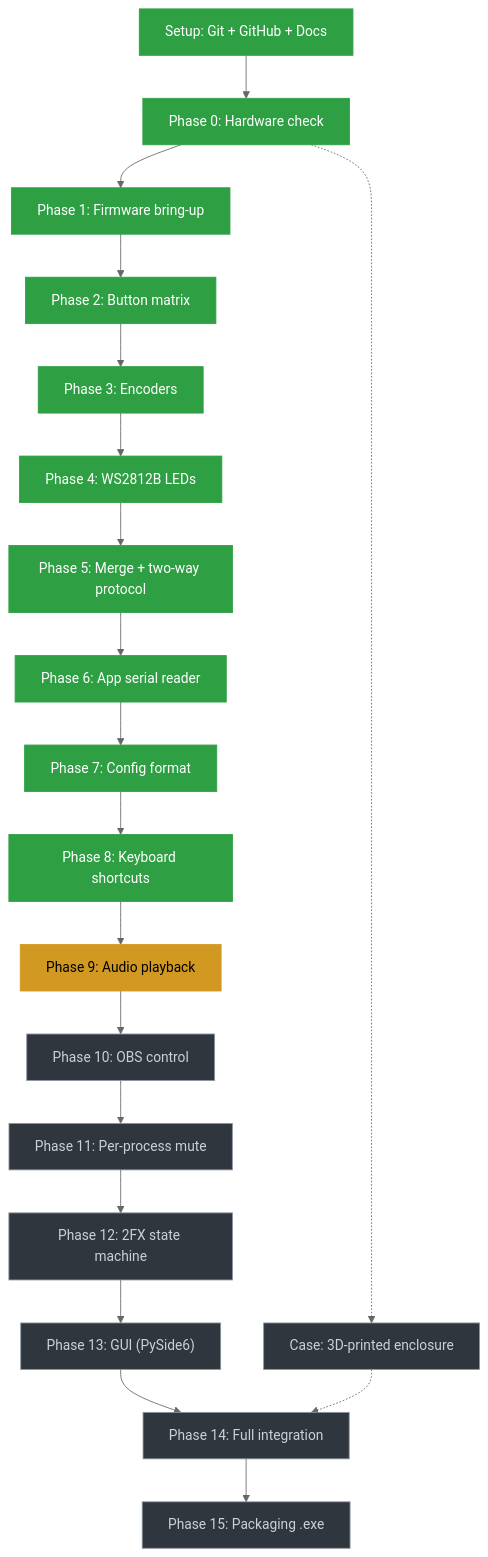
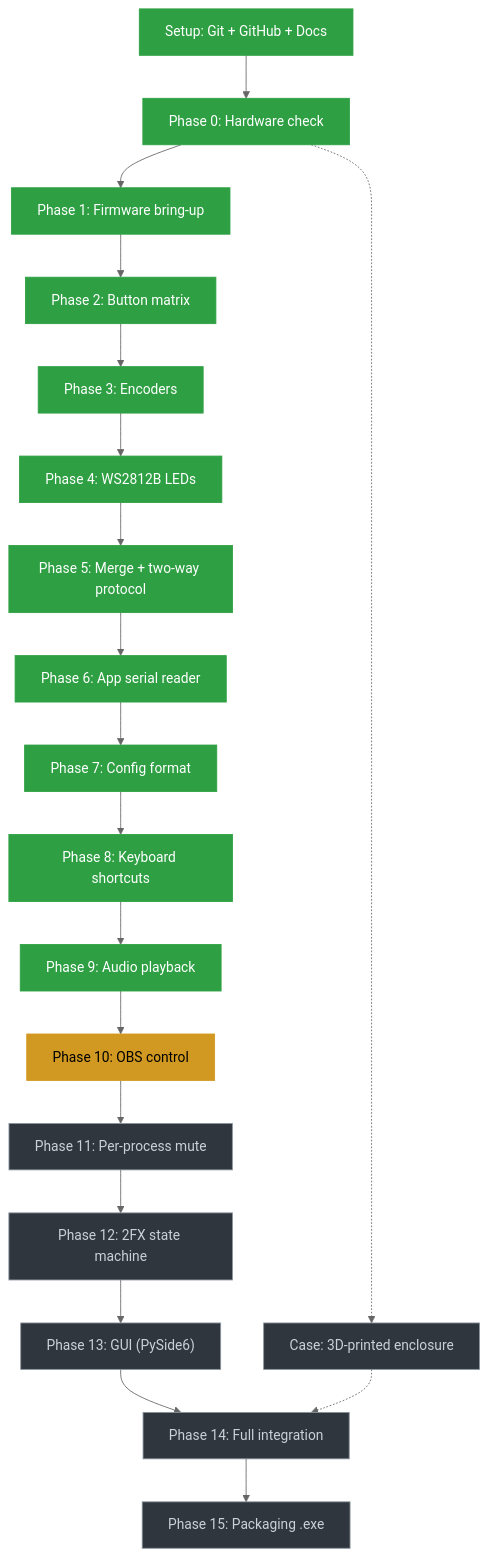
Before and after one commit to NeoCraftStudio/stream-deck-macro: the diagram in README.md, drawn with Mermaid (neutral theme). The commit also changed 9 other files, not shown here.

````diff
--- a/README.md
+++ b/README.md
@@ -19,25 +19,25 @@
 ```mermaid
 flowchart TD
     S["Setup: Git + GitHub + Docs"]:::done --> P0["Phase 0: Hardware check"]:::done
     P0 --> P1["Phase 1: Firmware bring-up"]:::done
     P1 --> P2["Phase 2: Button matrix"]:::done
     P2 --> P3["Phase 3: Encoders"]:::done
     P3 --> P4["Phase 4: WS2812B LEDs"]:::done
     P4 --> P5["Phase 5: Merge + two-way protocol"]:::done
     P5 --> P6["Phase 6: App serial reader"]:::done
     P6 --> P7["Phase 7: Config format"]:::done
     P7 --> P8["Phase 8: Keyboard shortcuts"]:::done
-    P8 --> P9["Phase 9: Audio playback"]:::current
-    P9 --> P10["Phase 10: OBS control"]:::todo
+    P8 --> P9["Phase 9: Audio playback"]:::done
+    P9 --> P10["Phase 10: OBS control"]:::current
     P10 --> P11["Phase 11: Per-process mute"]:::todo
     P11 --> P12["Phase 12: 2FX state machine"]:::todo
     P12 --> P13["Phase 13: GUI (PySide6)"]:::todo
     P13 --> P14["Phase 14: Full integration"]:::todo
     P14 --> P15["Phase 15: Packaging .exe"]:::todo
     P0 -.-> C["Case: 3D-printed enclosure"]:::todo
     C -.-> P14
 
     classDef done fill:#2ea043,stroke:#2ea043,color:#fff
     classDef current fill:#d29922,stroke:#d29922,color:#000
     classDef todo fill:#30363d,stroke:#8b949e,color:#c9d1d9
 ```
````
